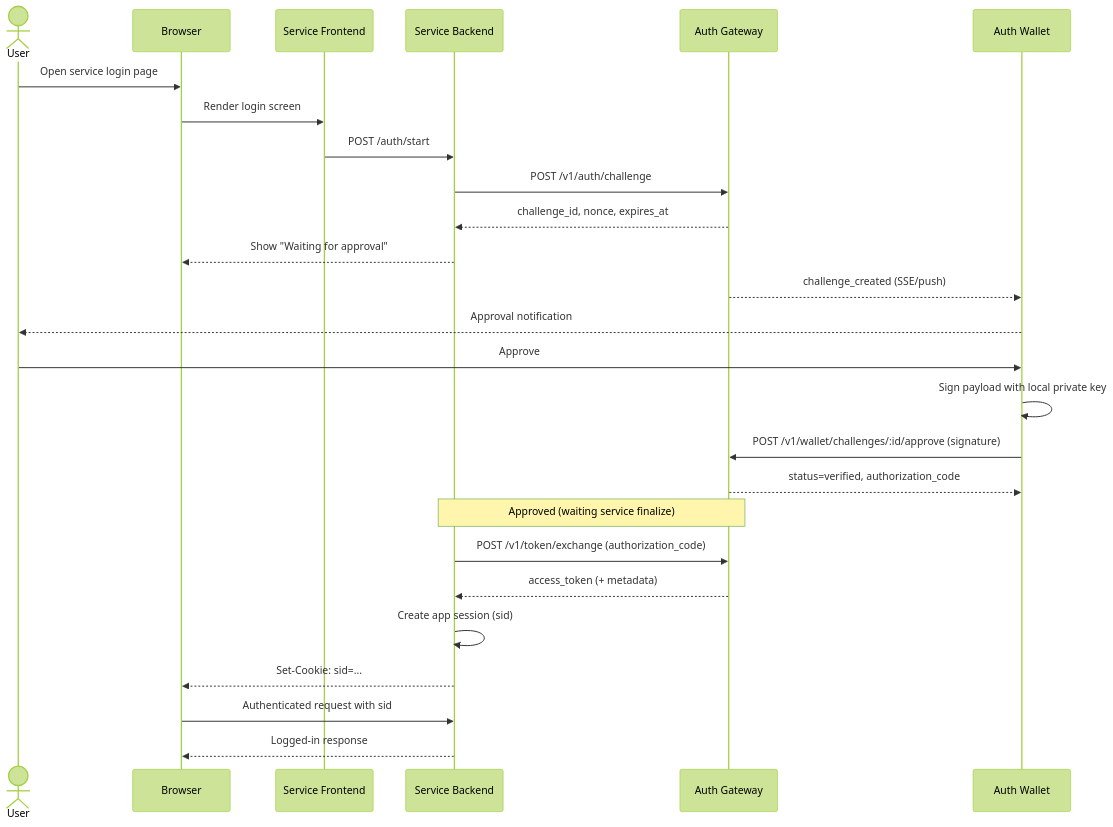
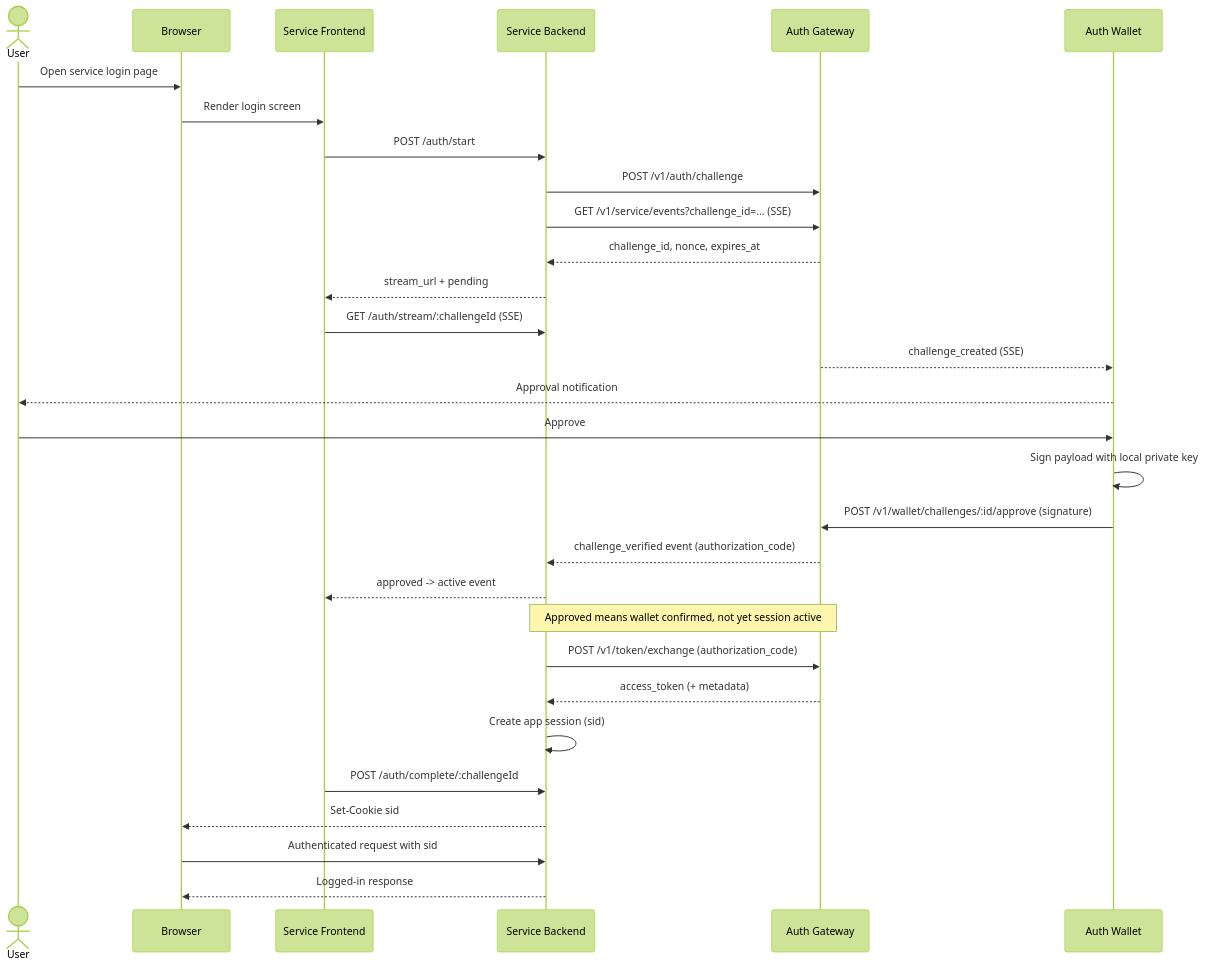
The second of 3 diagrams in ARCHITECTURE.md (superwhyun/MiID), drawn with Mermaid (forest theme) before and after one commit. The commit also changed other lines of this file and 22 other files, not shown here.

First line of the commit message:
feat: implement comprehensive test service integration and enhance DID auth flow

````diff
--- a/ARCHITECTURE.md
+++ b/ARCHITECTURE.md
@@ -33,29 +34,33 @@
 ```mermaid
 sequenceDiagram
     actor User
     participant Browser
     participant Frontend as Service Frontend
     participant Backend as Service Backend
     participant Gateway as Auth Gateway
     participant Wallet as Auth Wallet
 
     User->>Browser: Open service login page
     Browser->>Frontend: Render login screen
     Frontend->>Backend: POST /auth/start
     Backend->>Gateway: POST /v1/auth/challenge
+    Backend->>Gateway: GET /v1/service/events?challenge_id=... (SSE)
     Gateway-->>Backend: challenge_id, nonce, expires_at
-    Backend-->>Browser: Show "Waiting for approval"
-    Gateway-->>Wallet: challenge_created (SSE/push)
+    Backend-->>Frontend: stream_url + pending
+    Frontend->>Backend: GET /auth/stream/:challengeId (SSE)
+    Gateway-->>Wallet: challenge_created (SSE)
     Wallet-->>User: Approval notification
     User->>Wallet: Approve
     Wallet->>Wallet: Sign payload with local private key
     Wallet->>Gateway: POST /v1/wallet/challenges/:id/approve (signature)
-    Gateway-->>Wallet: status=verified, authorization_code
-    Note over Gateway,Backend: Approved (waiting service finalize)
+    Gateway-->>Backend: challenge_verified event (authorization_code)
+    Backend-->>Frontend: approved -> active event
+    Note over Gateway,Backend: Approved means wallet confirmed, not yet session active
     Backend->>Gateway: POST /v1/token/exchange (authorization_code)
     Gateway-->>Backend: access_token (+ metadata)
     Backend->>Backend: Create app session (sid)
-    Backend-->>Browser: Set-Cookie: sid=...
+    Frontend->>Backend: POST /auth/complete/:challengeId
+    Backend-->>Browser: Set-Cookie sid
     Browser->>Backend: Authenticated request with sid
     Backend-->>Browser: Logged-in response
 ```
````
